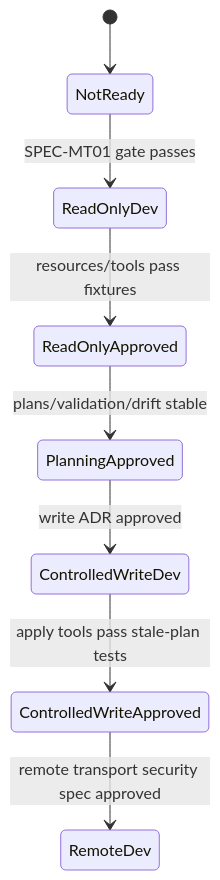
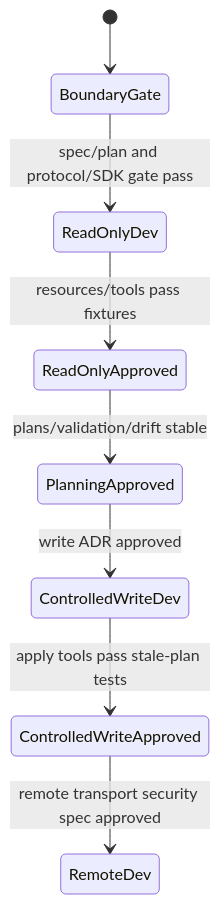
The fourth of 4 diagrams in docs/specs/2026-07-07-project-standards-mcp-server-implementation-spec.md (L3DigitalNet/project-standards), drawn with Mermaid before and after one commit. The commit also changed other lines of this file and 6 other files, not shown here.

````diff
--- a/docs/specs/2026-07-07-project-standards-mcp-server-implementation-spec.md
+++ b/docs/specs/2026-07-07-project-standards-mcp-server-implementation-spec.md
@@ -570,10 +565,10 @@
 ```mermaid
 stateDiagram-v2
-    [*] --> NotReady
-    NotReady --> ReadOnlyDev : SPEC-MT01 gate passes
+    [*] --> BoundaryGate
+    BoundaryGate --> ReadOnlyDev : spec/plan and protocol/SDK gate pass
     ReadOnlyDev --> ReadOnlyApproved : resources/tools pass fixtures
     ReadOnlyApproved --> PlanningApproved : plans/validation/drift stable
     PlanningApproved --> ControlledWriteDev : write ADR approved
     ControlledWriteDev --> ControlledWriteApproved : apply tools pass stale-plan tests
     ControlledWriteApproved --> RemoteDev : remote transport security spec approved
 ```
````
